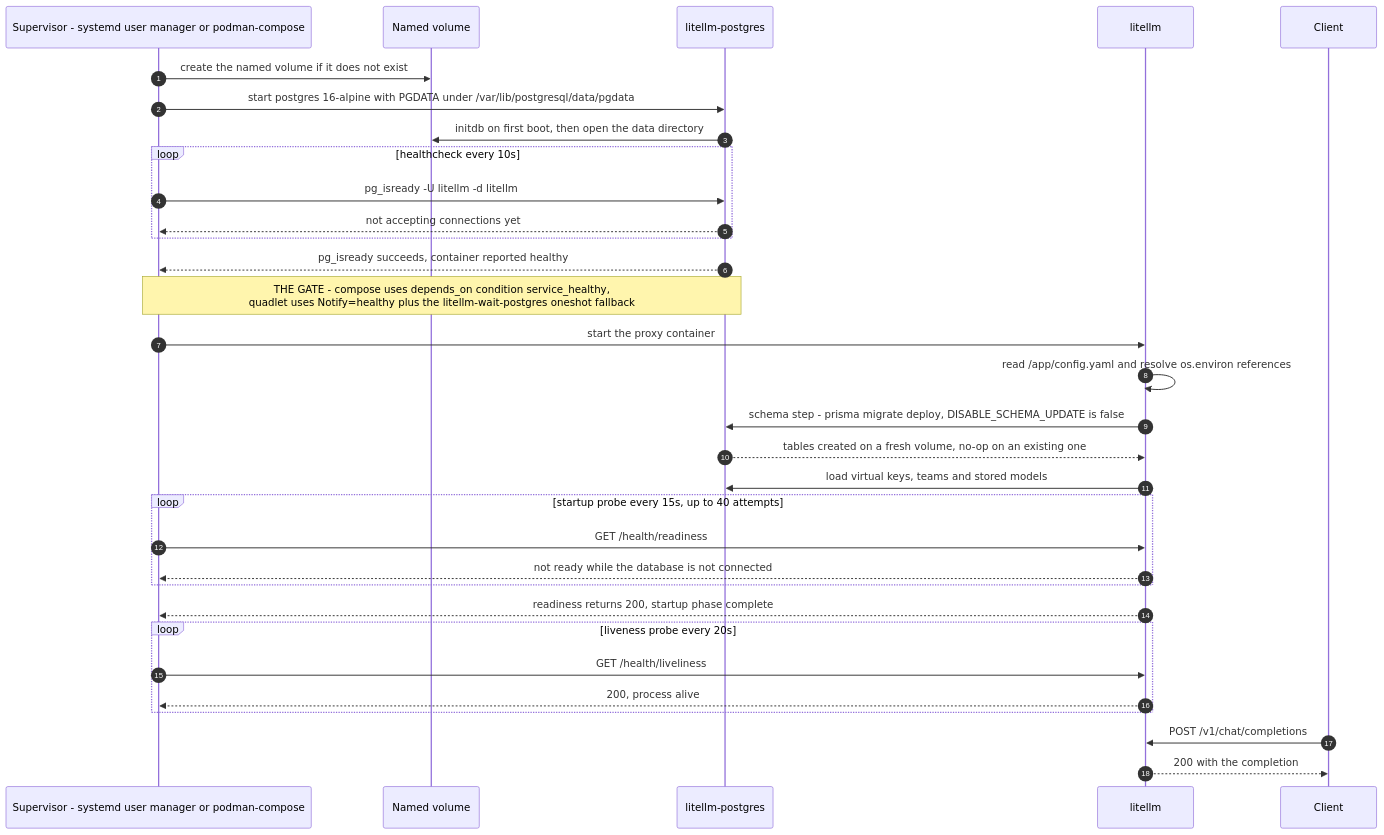
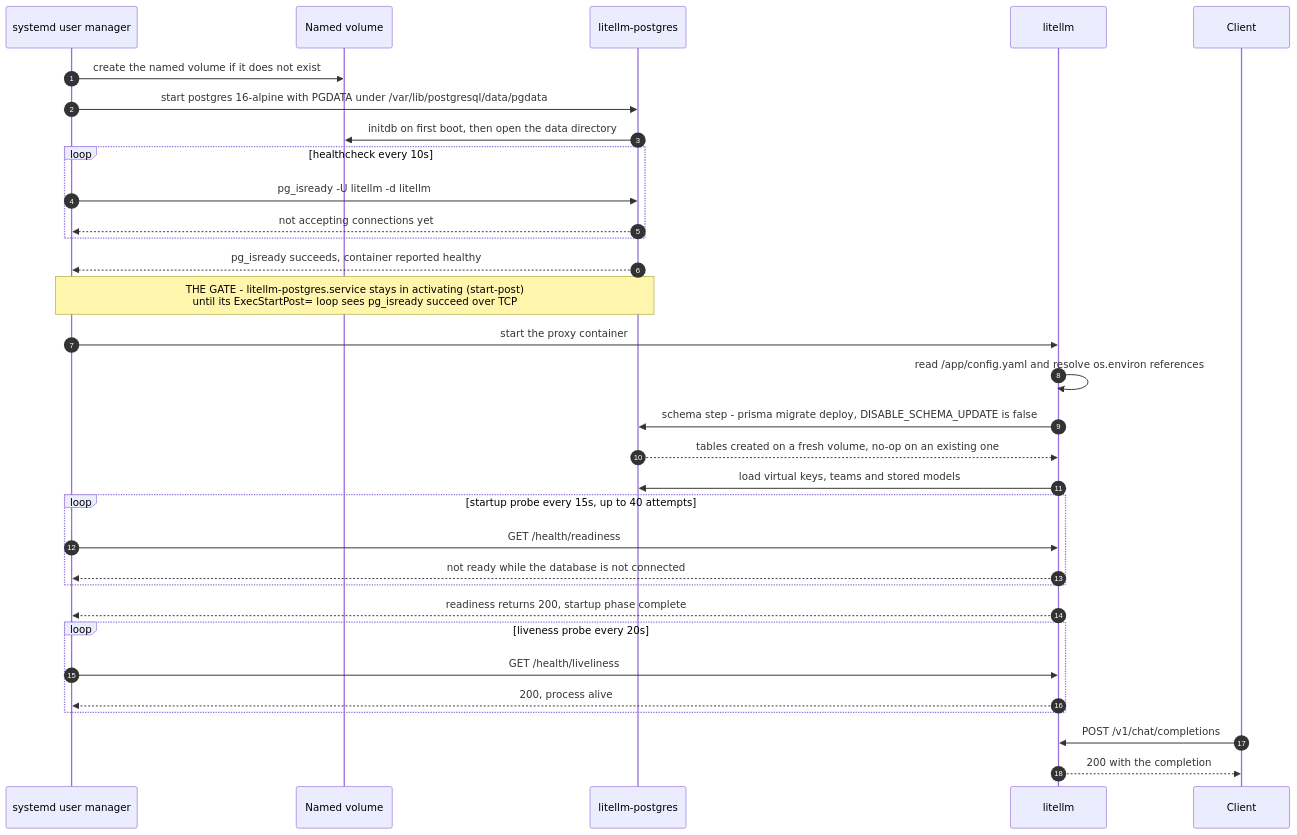
The second of 4 diagrams in docs/architecture.md (WOOWTECH/Woow_podman_litellm), drawn with Mermaid before and after one commit. The commit also changed other lines of this file and 2 other files, not shown here.

First line of the commit message:
docs: update SKILL, architecture and the k3s comparison

````diff
--- a/docs/architecture.md
+++ b/docs/architecture.md
@@ -148,35 +142,35 @@
 ```mermaid
 sequenceDiagram
     autonumber
-    participant MGR as Supervisor - systemd user manager or podman-compose
+    participant MGR as systemd user manager
     participant VOL as Named volume
     participant PG as litellm-postgres
     participant LLM as litellm
     participant CL as Client
 
     MGR->>VOL: create the named volume if it does not exist
     MGR->>PG: start postgres 16-alpine with PGDATA under /var/lib/postgresql/data/pgdata
     PG->>VOL: initdb on first boot, then open the data directory
     loop healthcheck every 10s
         MGR->>PG: pg_isready -U litellm -d litellm
         PG-->>MGR: not accepting connections yet
     end
     PG-->>MGR: pg_isready succeeds, container reported healthy
-    Note over MGR,PG: THE GATE - compose uses depends_on condition service_healthy,<br/>quadlet uses Notify=healthy plus the litellm-wait-postgres oneshot fallback
+    Note over MGR,PG: THE GATE - litellm-postgres.service stays in activating (start-post)<br/>until its ExecStartPost= loop sees pg_isready succeed over TCP
     MGR->>LLM: start the proxy container
     LLM->>LLM: read /app/config.yaml and resolve os.environ references
     LLM->>PG: schema step - prisma migrate deploy, DISABLE_SCHEMA_UPDATE is false
     PG-->>LLM: tables created on a fresh volume, no-op on an existing one
     LLM->>PG: load virtual keys, teams and stored models
     loop startup probe every 15s, up to 40 attempts
         MGR->>LLM: GET /health/readiness
         LLM-->>MGR: not ready while the database is not connected
     end
     LLM-->>MGR: readiness returns 200, startup phase complete
     loop liveness probe every 20s
         MGR->>LLM: GET /health/liveliness
         LLM-->>MGR: 200, process alive
     end
     CL->>LLM: POST /v1/chat/completions
     LLM-->>CL: 200 with the completion
 ```
````
